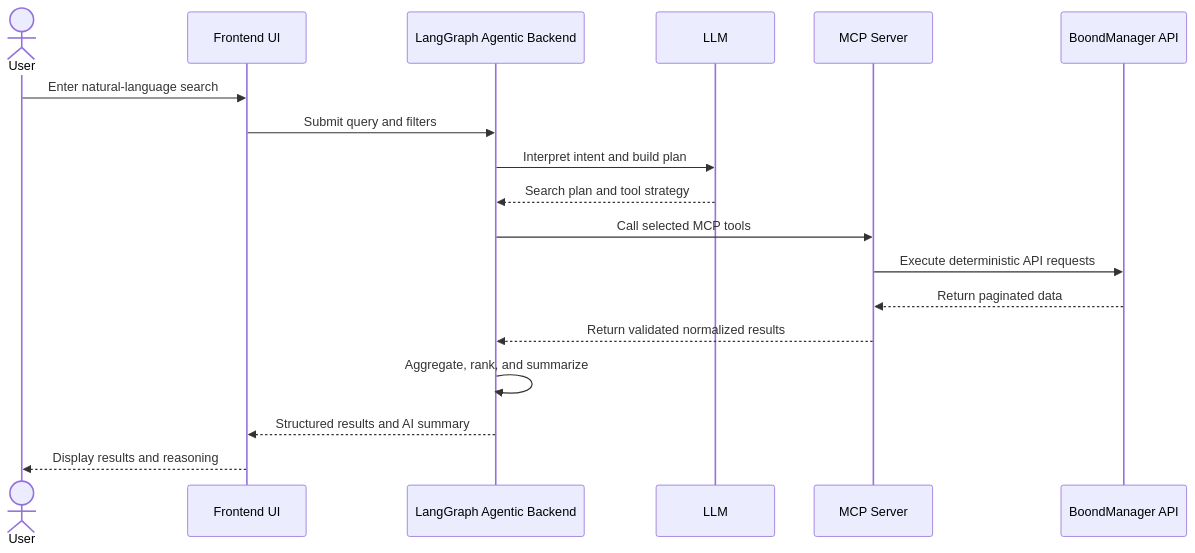
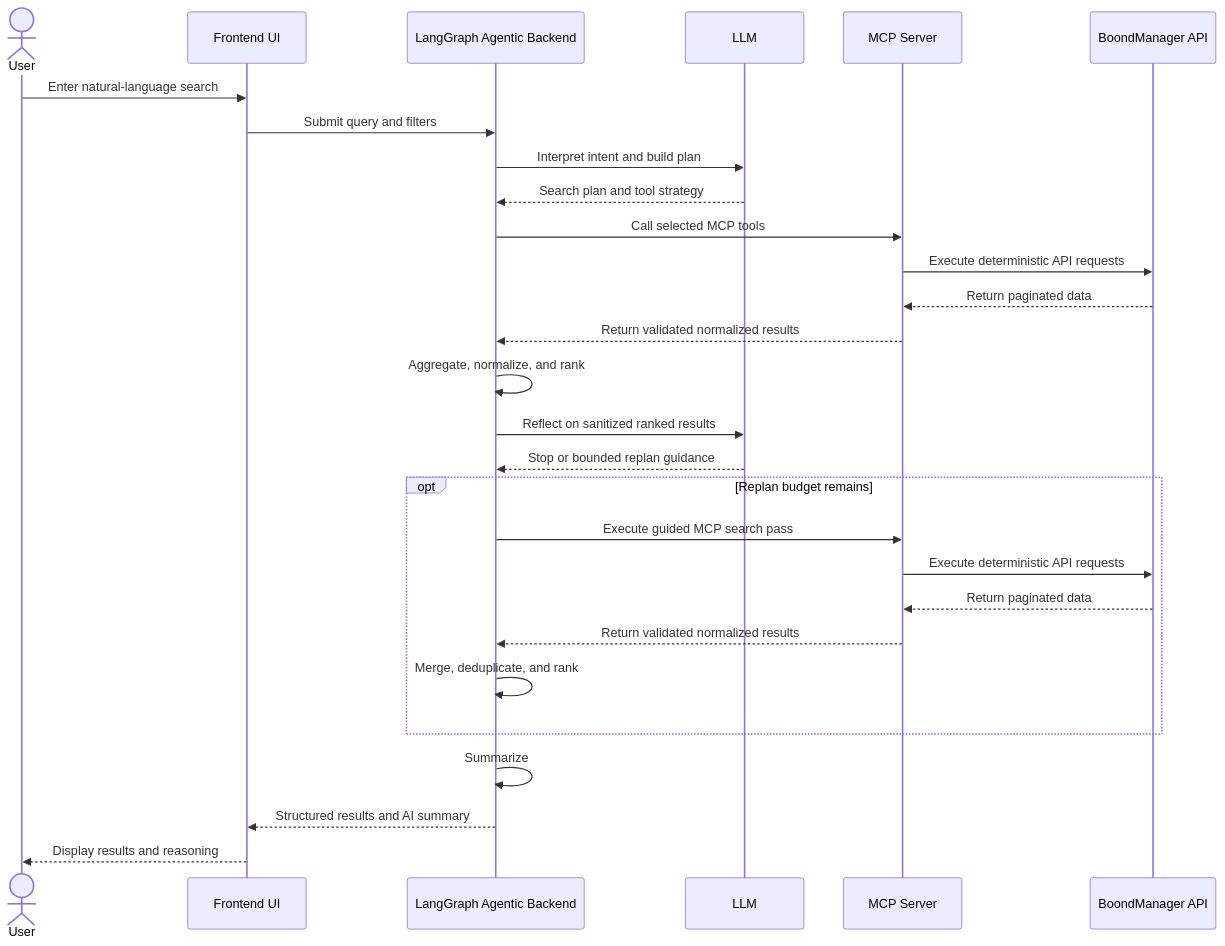
One commit to SIJO-TECHNOLOGY/agent0 changed the second of 2 diagrams in docs/architecture/sijo-ai-agent-architecture.md. Above: the diagram before and after it, drawn with Mermaid. The commit also changed other lines of this file and 39 other files, not shown here.

````diff
--- a/docs/architecture/sijo-ai-agent-architecture.md
+++ b/docs/architecture/sijo-ai-agent-architecture.md
@@ -36,21 +36,31 @@
 ```mermaid
 sequenceDiagram
     actor User
     participant UI as Frontend UI
     participant Agent as LangGraph Agentic Backend
     participant LLM as LLM
     participant MCP as MCP Server
     participant Boond as BoondManager API
 
     User->>UI: Enter natural-language search
     UI->>Agent: Submit query and filters
     Agent->>LLM: Interpret intent and build plan
     LLM-->>Agent: Search plan and tool strategy
     Agent->>MCP: Call selected MCP tools
     MCP->>Boond: Execute deterministic API requests
     Boond-->>MCP: Return paginated data
     MCP-->>Agent: Return validated normalized results
-    Agent->>Agent: Aggregate, rank, and summarize
+    Agent->>Agent: Aggregate, normalize, and rank
+    Agent->>LLM: Reflect on sanitized ranked results
+    LLM-->>Agent: Stop or bounded replan guidance
+    opt Replan budget remains
+        Agent->>MCP: Execute guided MCP search pass
+        MCP->>Boond: Execute deterministic API requests
+        Boond-->>MCP: Return paginated data
+        MCP-->>Agent: Return validated normalized results
+        Agent->>Agent: Merge, deduplicate, and rank
+    end
+    Agent->>Agent: Summarize
     Agent-->>UI: Structured results and AI summary
     UI-->>User: Display results and reasoning
 ```
````
